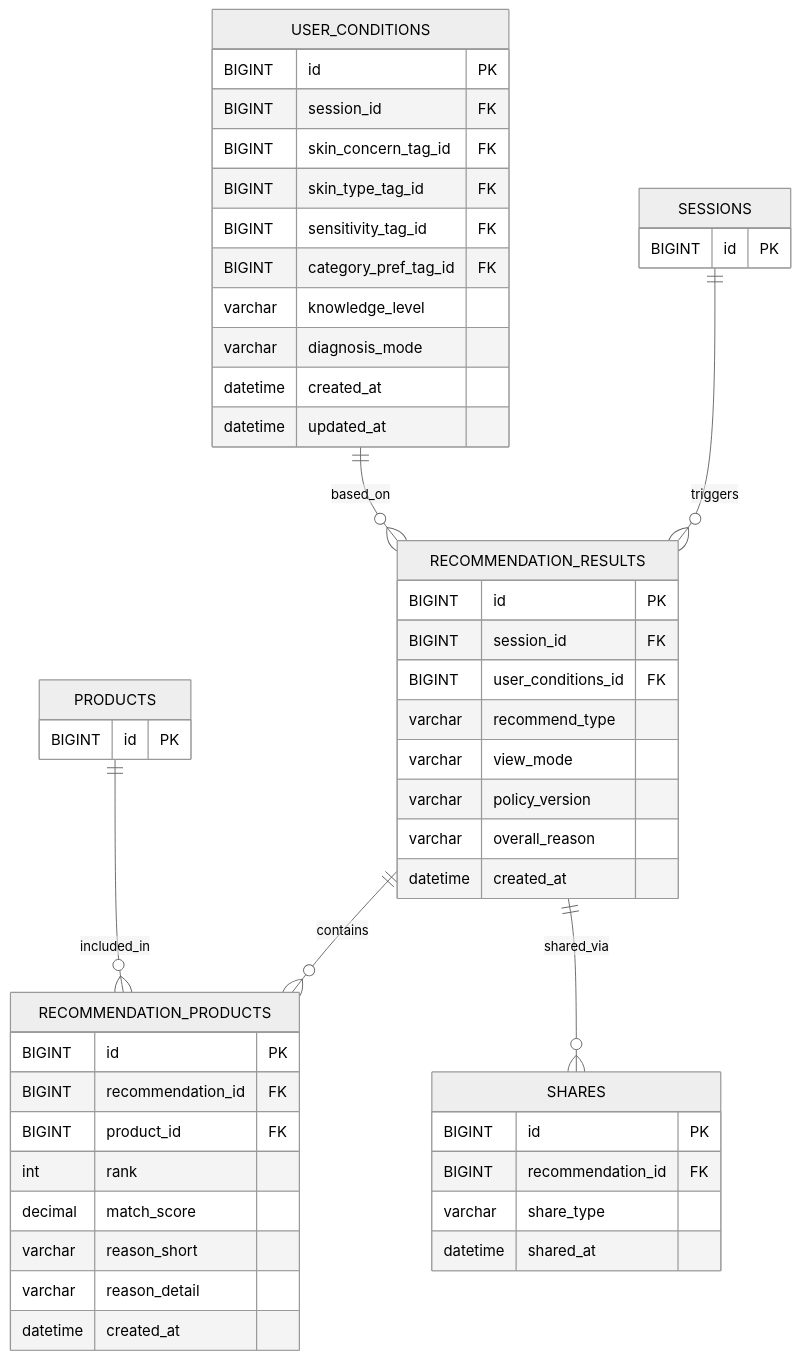
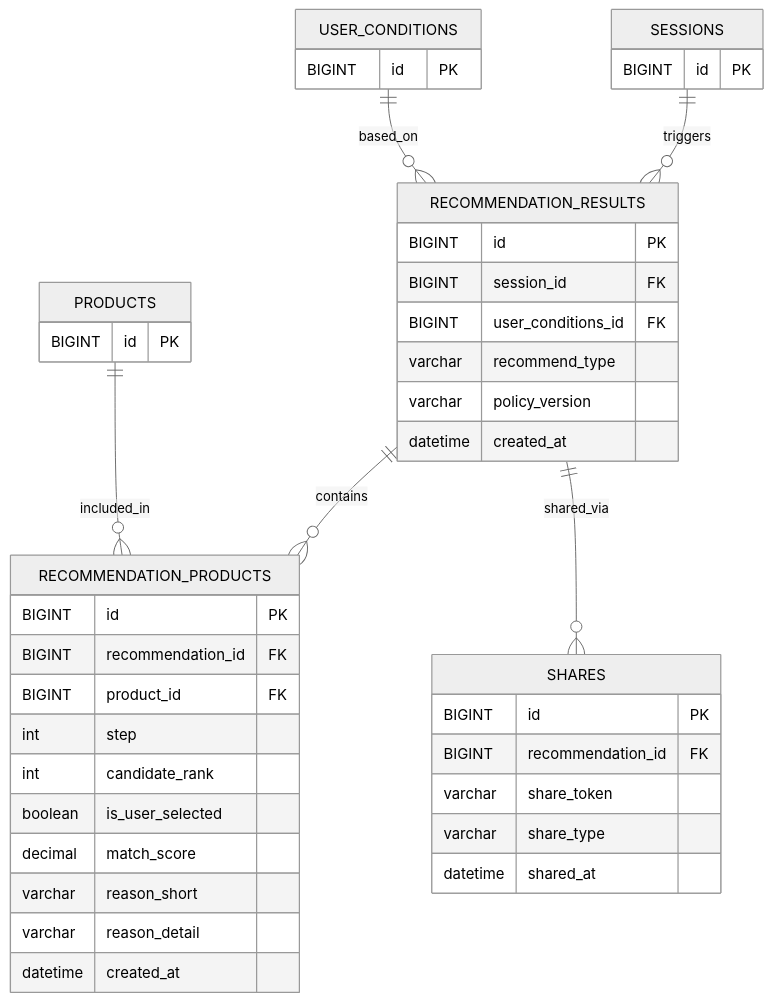
The diagram in docs/recommendation-erd.md (Leets-Official/K-Beauty-BE), drawn with Mermaid (neutral theme) before and after one commit. The commit also changed other lines of this file, not shown here.

Commit message:
docs: 기획 문서 기반 추천 도메인 ERD 수정

````diff
--- a/docs/recommendation-erd.md
+++ b/docs/recommendation-erd.md
@@ -5,58 +5,50 @@
 ```mermaid
 erDiagram
     RECOMMENDATION_RESULTS ||--o{ RECOMMENDATION_PRODUCTS : contains
     RECOMMENDATION_RESULTS ||--o{ SHARES : shared_via
     SESSIONS ||--o{ RECOMMENDATION_RESULTS : triggers
     USER_CONDITIONS ||--o{ RECOMMENDATION_RESULTS : based_on
     PRODUCTS ||--o{ RECOMMENDATION_PRODUCTS : included_in
 
     RECOMMENDATION_RESULTS {
       BIGINT id PK
       BIGINT session_id FK
       BIGINT user_conditions_id FK
       varchar recommend_type
-      varchar view_mode
       varchar policy_version
-      varchar overall_reason
       datetime created_at
     }
 
     RECOMMENDATION_PRODUCTS {
       BIGINT id PK
       BIGINT recommendation_id FK
       BIGINT product_id FK
-      int rank
+      int step
+      int candidate_rank
+      boolean is_user_selected
       decimal match_score
       varchar reason_short
       varchar reason_detail
       datetime created_at
     }
 
     SHARES {
       BIGINT id PK
       BIGINT recommendation_id FK
+      varchar share_token
       varchar share_type
       datetime shared_at
     }
 
     USER_CONDITIONS {
       BIGINT id PK
-      BIGINT session_id FK
-      BIGINT skin_concern_tag_id FK
-      BIGINT skin_type_tag_id FK
-      BIGINT sensitivity_tag_id FK
-      BIGINT category_pref_tag_id FK
-      varchar knowledge_level
-      varchar diagnosis_mode
-      datetime created_at
-      datetime updated_at
     }
 
     SESSIONS {
       BIGINT id PK
     }
 
     PRODUCTS {
       BIGINT id PK
     }
 ```
````
